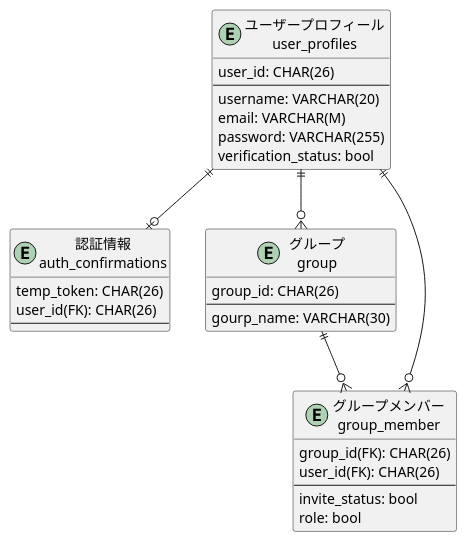
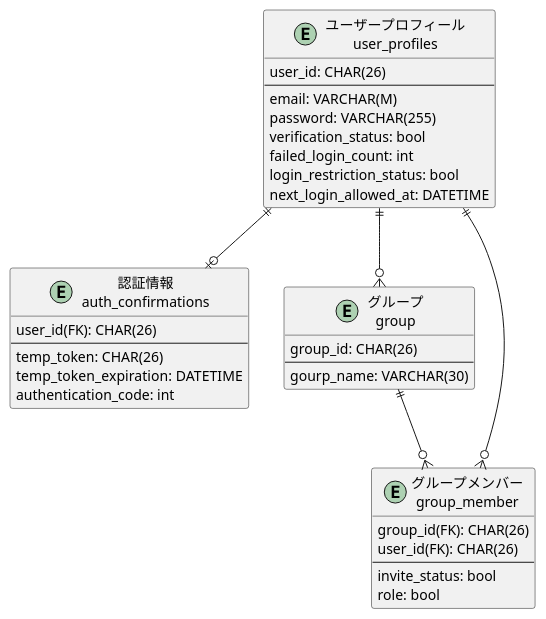
One commit to h-maki2/identityAccess changed the diagram in modelingDiagram/ERDiagram/identityManagement.pu. Above: the diagram before and after it, drawn with PlantUML. The commit also changed 1 other file, not shown here.

Commit message:
モデル図とER図を修正

```diff
--- a/modelingDiagram/ERDiagram/identityManagement.pu
+++ b/modelingDiagram/ERDiagram/identityManagement.pu
@@ -1,37 +1,41 @@
 @startuml identityManagement
 
 entity "ユーザープロフィール\nuser_profiles" as user_profiles {
     user_id: CHAR(26)
     --
-    username: VARCHAR(20)
     email: VARCHAR(M)
     password: VARCHAR(255)
     verification_status: bool
+    failed_login_count: int
+    login_restriction_status: bool
+    next_login_allowed_at: DATETIME
 }
 
 entity "認証情報\nauth_confirmations" as auth_confirmations {
-    temp_token: CHAR(26)
     user_id(FK): CHAR(26)
     --
+    temp_token: CHAR(26)
+    temp_token_expiration: DATETIME
+    authentication_code: int
 }
 
 entity "グループ\ngroup" as group {
     group_id: CHAR(26)
     --
     gourp_name: VARCHAR(30)
 }
 
 entity "グループメンバー\ngroup_member" as group_member {
     group_id(FK): CHAR(26)
     user_id(FK): CHAR(26)
     --
     invite_status: bool
     role: bool
 }
 
 user_profiles ||--o| auth_confirmations
 user_profiles ||--o{ group
 group ||--o{ group_member
 user_profiles ||--o{ group_member
 
 @enduml
```
